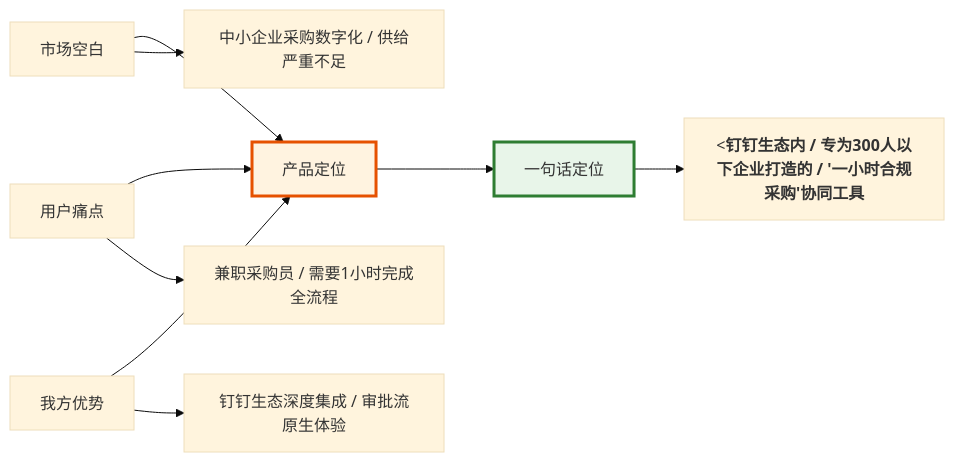
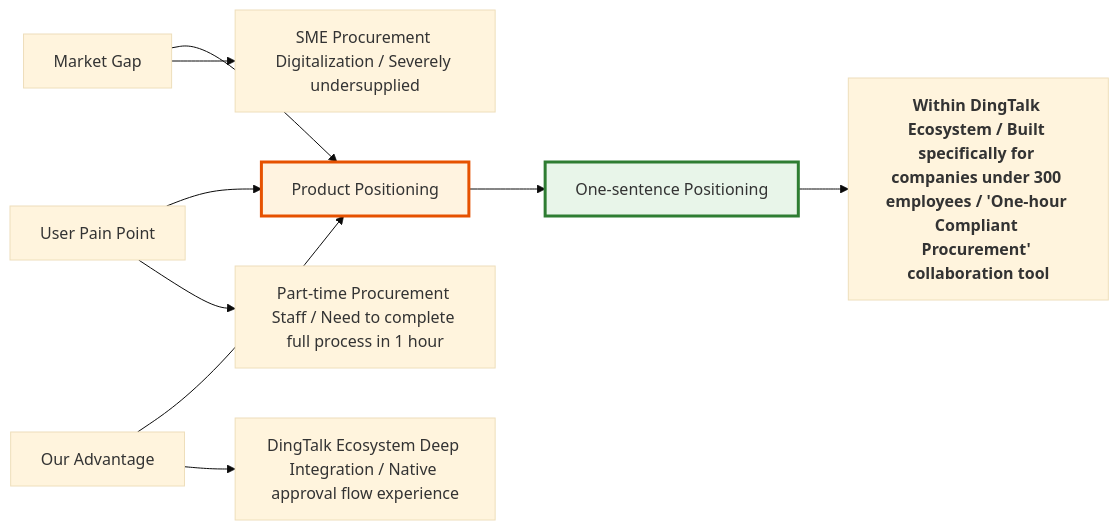
One commit to Kirky-X/cangjie changed the seventh of 17 diagrams in templates/产品/战略层/【模板】市场需求文档.md. Above: the diagram before and after it, drawn with Mermaid (base theme). The commit also changed other lines of this file and 60 other files, not shown here.

````diff
--- a/templates/产品/战略层/【模板】市场需求文档.md
+++ b/templates/产品/战略层/【模板】市场需求文档.md
@@ -387,15 +363,15 @@
 ```mermaid
 graph LR
-    A[市场空白] --> B[产品定位]
-    C[用户痛点] --> B
-    D[我方优势] --> B
-    B --> E[一句话定位]
+    A[Market Gap] --> B[Product Positioning]
+    C[User Pain Point] --> B
+    D[Our Advantage] --> B
+    B --> E[One-sentence Positioning]
 
-    A --> A1[中小企业采购数字化 / 供给严重不足]
-    C --> C1[兼职采购员 / 需要1小时完成全流程]
-    D --> D1[钉钉生态深度集成 / 审批流原生体验]
-    E --> E1["<<b>钉钉生态内 / 专为300人以下企业打造的 / '一小时合规采购'协同工具</b>"]
+    A --> A1[SME Procurement Digitalization / Severely undersupplied]
+    C --> C1[Part-time Procurement Staff / Need to complete full process in 1 hour]
+    D --> D1[DingTalk Ecosystem Deep Integration / Native approval flow experience]
+    E --> E1["<b>Within DingTalk Ecosystem / Built specifically for companies under 300 employees / 'One-hour Compliant Procurement' collaboration tool</b>"]
 
     style B fill:#fff3e0,stroke:#e65100,stroke-width:3px
     style E fill:#e8f5e9,stroke:#2e7d32,stroke-width:3px
 ```
````
